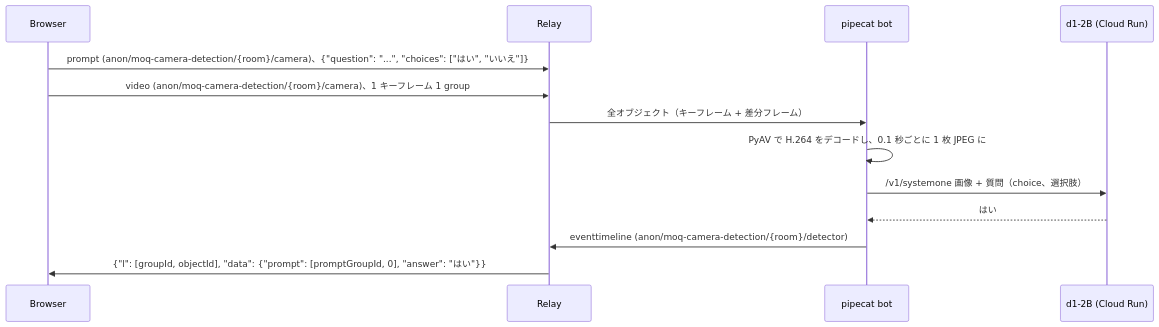
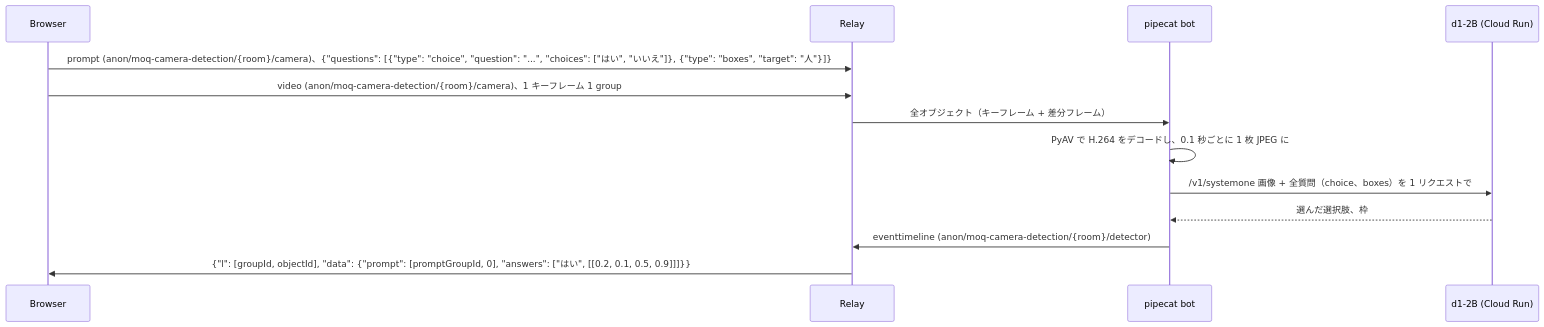
The diagram in examples/python/moq-camera-detection/README.md (nttcom/moq-wasm), drawn with Mermaid before and after one commit. The commit also changed other lines of this file and 15 other files, not shown here.

First line of the commit message:
feat(ai-bots): ask several camera detection questions, boxes among them

````diff
--- a/examples/python/moq-camera-detection/README.md
+++ b/examples/python/moq-camera-detection/README.md
@@ -7,15 +8,15 @@
 ```mermaid
 sequenceDiagram
     participant B as Browser
     participant R as Relay
     participant P as pipecat bot
     participant D as d1-2B (Cloud Run)
-    B->>R: prompt (anon/moq-camera-detection/{room}/camera)、{"question": "...", "choices": ["はい", "いいえ"]}
+    B->>R: prompt (anon/moq-camera-detection/{room}/camera)、{"questions": [{"type": "choice", "question": "...", "choices": ["はい", "いいえ"]}, {"type": "boxes", "target": "人"}]}
     B->>R: video (anon/moq-camera-detection/{room}/camera)、1 キーフレーム 1 group
     R->>P: 全オブジェクト（キーフレーム + 差分フレーム）
     P->>P: PyAV で H.264 をデコードし、0.1 秒ごとに 1 枚 JPEG に
-    P->>D: /v1/systemone 画像 + 質問（choice、選択肢）
-    D-->>P: はい
+    P->>D: /v1/systemone 画像 + 全質問（choice、boxes）を 1 リクエストで
+    D-->>P: 選んだ選択肢、枠
     P->>R: eventtimeline (anon/moq-camera-detection/{room}/detector)
-    R->>B: {"l": [groupId, objectId], "data": {"prompt": [promptGroupId, 0], "answer": "はい"}}
+    R->>B: {"l": [groupId, objectId], "data": {"prompt": [promptGroupId, 0], "answers": ["はい", [[0.2, 0.1, 0.5, 0.9]]]}}
 ```
````
